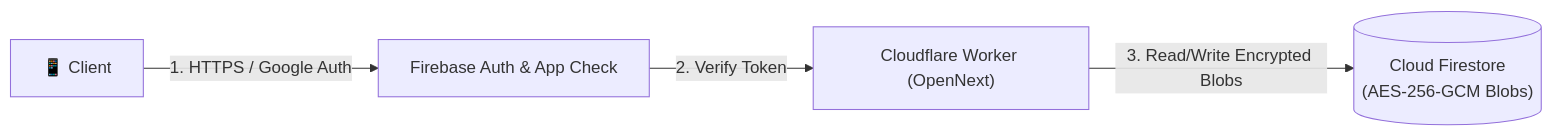
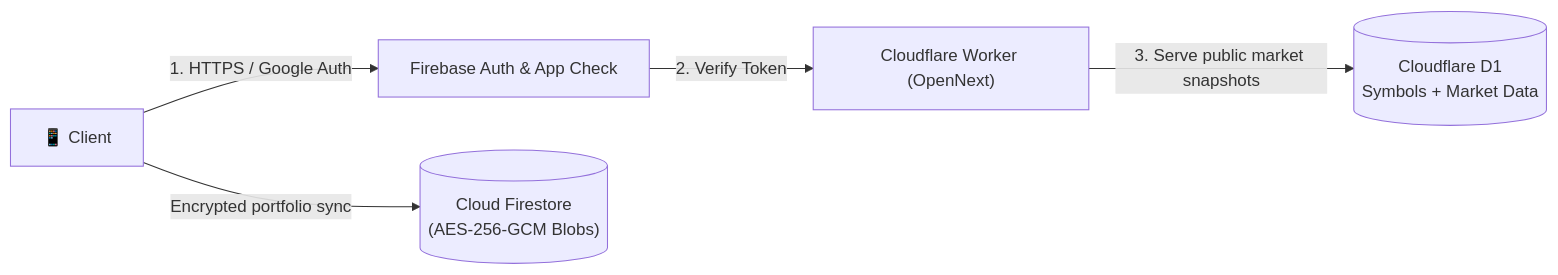
Before and after one commit to SotaYanagisawa/kabutora: the first of 2 diagrams in docs/cloud-deployment.md, drawn with Mermaid. The commit also changed other lines of this file and 224 other files, not shown here.

Commit message:
refactor: harden reliability and organize architecture

````diff
--- a/docs/cloud-deployment.md
+++ b/docs/cloud-deployment.md
@@ -9,6 +9,7 @@
 ```mermaid
 flowchart LR
     User["📱 Client"] -->|"1. HTTPS / Google Auth"| Firebase["Firebase Auth & App Check"]
     Firebase -->|"2. Verify Token"| Cloudflare["Cloudflare Worker (OpenNext)"]
-    Cloudflare -->|"3. Read/Write Encrypted Blobs"| Firestore[("Cloud Firestore\n(AES-256-GCM Blobs)")]
+    Cloudflare -->|"3. Serve public market snapshots"| D1[("Cloudflare D1\nSymbols + Market Data")]
+    User -->|"Encrypted portfolio sync"| Firestore[("Cloud Firestore\n(AES-256-GCM Blobs)")]
 ```
````
